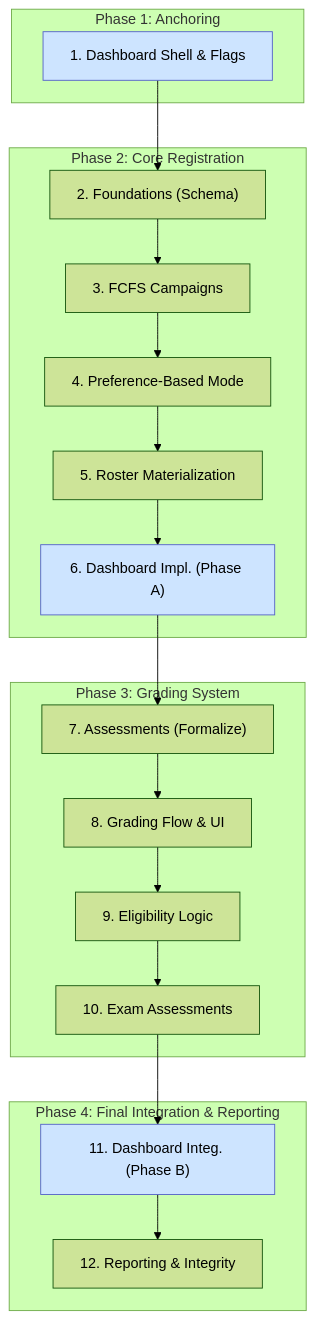
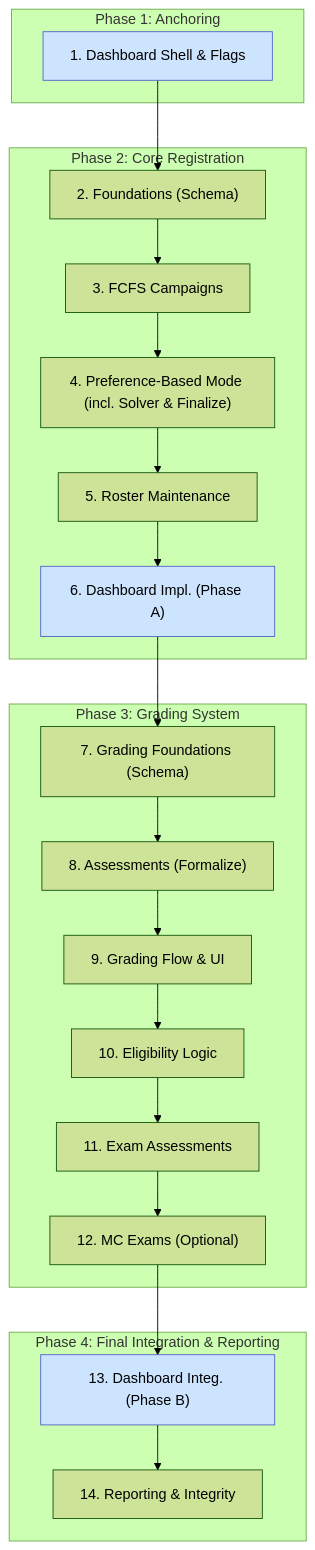
Before and after one commit to MaMpf-HD/mampf: the diagram in architecture/src/features/plan.md, drawn with Mermaid (forest theme). The commit also changed other lines of this file and 16 other files, not shown here.

````diff
--- a/architecture/src/features/plan.md
+++ b/architecture/src/features/plan.md
@@ -7,30 +17,32 @@
 ```mermaid
 graph TD
     subgraph "Phase 1: Anchoring"
         S1["1. Dashboard Shell & Flags"]
     end
 
     subgraph "Phase 2: Core Registration"
         S2["2. Foundations (Schema)"] --> S3["3. FCFS Campaigns"];
-        S3 --> S4["4. Preference-Based Mode"];
-        S4 --> S5["5. Roster Materialization"];
+        S3 --> S4["4. Preference-Based Mode (incl. Solver & Finalize)"];
+        S4 --> S5["5. Roster Maintenance"];
         S1 --> S2;
         S5 --> S6["6. Dashboard Impl. (Phase A)"];
     end
 
     subgraph "Phase 3: Grading System"
-        S6 --> S7["7. Assessments (Formalize)"];
-        S7 --> S8["8. Grading Flow & UI"];
-        S8 --> S9["9. Eligibility Logic"];
-        S9 --> S10["10. Exam Assessments"];
+        S6 --> S7["7. Grading Foundations (Schema)"];
+        S7 --> S8["8. Assessments (Formalize)"];
+        S8 --> S9["9. Grading Flow & UI"];
+        S9 --> S10["10. Eligibility Logic"];
+        S10 --> S11["11. Exam Assessments"];
+        S11 --> S12["12. MC Exams (Optional)"];
     end
 
     subgraph "Phase 4: Final Integration & Reporting"
-        S10 --> S11["11. Dashboard Integ. (Phase B)"];
-        S11 --> S12["12. Reporting & Integrity"];
+        S12 --> S13["13. Dashboard Integ. (Phase B)"];
+        S13 --> S14["14. Reporting & Integrity"];
     end
 
     style S1 fill:#cde4ff,stroke:#5461c8
     style S6 fill:#cde4ff,stroke:#5461c8
-    style S11 fill:#cde4ff,stroke:#5461c8
+    style S13 fill:#cde4ff,stroke:#5461c8
 ```
````
